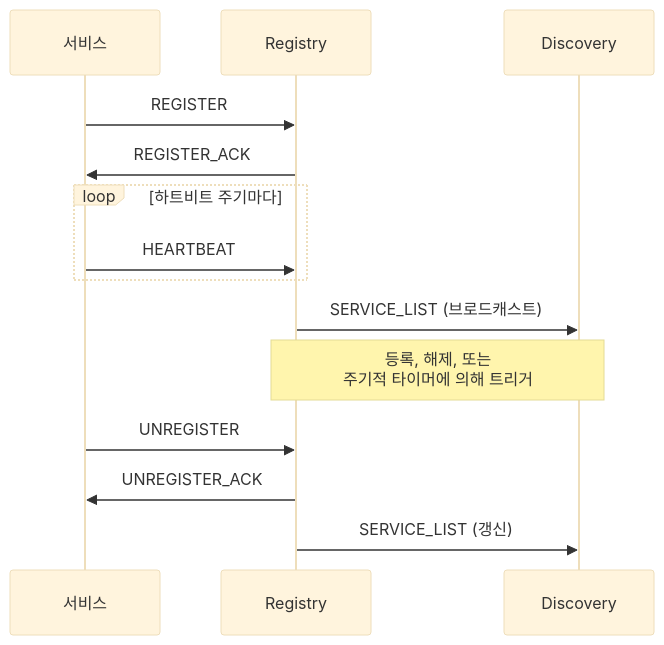
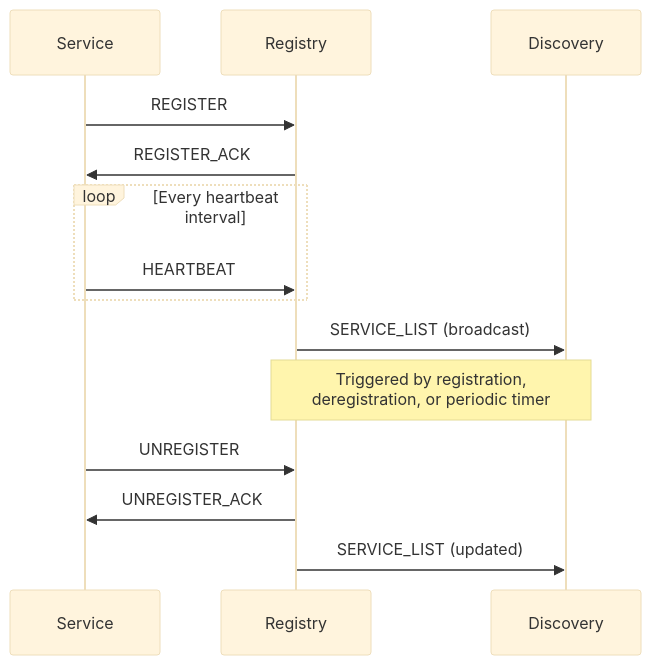
The third of 3 diagrams in doc/internals/services-internals.ko.md (kairos-code-dev/zlink), drawn with Mermaid (base theme) before and after one commit. The commit also changed other lines of this file and 53 other files, not shown here.

````diff
--- a/doc/internals/services-internals.ko.md
+++ b/doc/internals/services-internals.ko.md
@@ -173,18 +173,18 @@
 ```mermaid
 sequenceDiagram
-    participant S as 서비스
+    participant S as Service
     participant R as Registry
     participant D as Discovery
 
     S->>R: REGISTER
     R->>S: REGISTER_ACK
-    loop 하트비트 주기마다
+    loop Every heartbeat interval
         S->>R: HEARTBEAT
     end
-    R->>D: SERVICE_LIST (브로드캐스트)
-    Note over R,D: 등록, 해제, 또는<br/>주기적 타이머에 의해 트리거
+    R->>D: SERVICE_LIST (broadcast)
+    Note over R,D: Triggered by registration,<br/>deregistration, or periodic timer
 
     S->>R: UNREGISTER
     R->>S: UNREGISTER_ACK
-    R->>D: SERVICE_LIST (갱신)
+    R->>D: SERVICE_LIST (updated)
 ```
````
